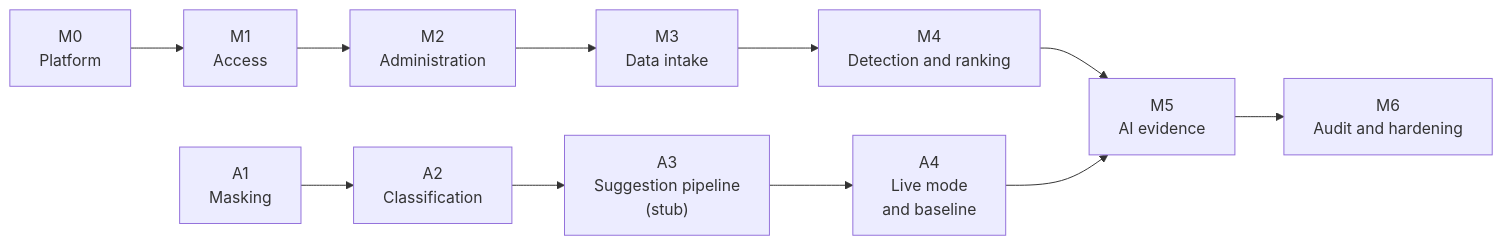
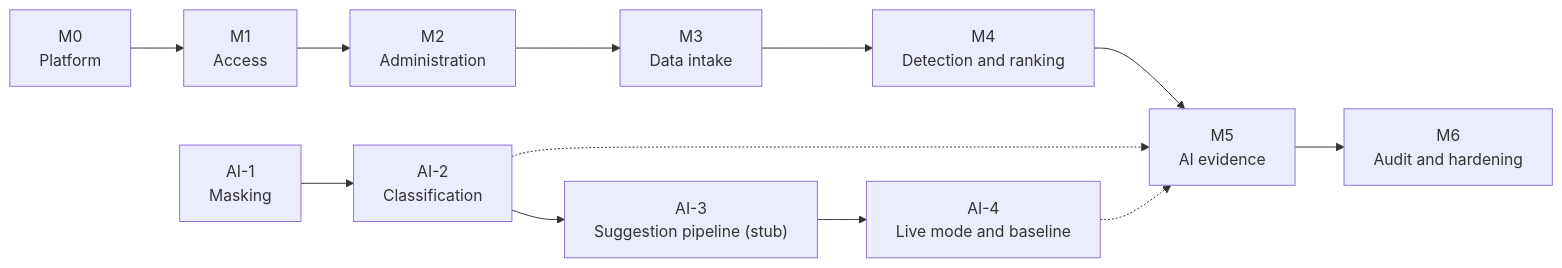
Before and after one commit to DuykoNgu/practise: the diagram in project/roadmap.md, drawn with Mermaid. The commit also changed other lines of this file and 50 other files, not shown here.

````diff
--- a/project/roadmap.md
+++ b/project/roadmap.md
@@ -5,13 +5,14 @@
 ```mermaid
 flowchart LR
     M0["M0<br/>Platform"] --> M1["M1<br/>Access"]
     M1 --> M2["M2<br/>Administration"]
     M2 --> M3["M3<br/>Data intake"]
     M3 --> M4["M4<br/>Detection and ranking"]
     M4 --> M5["M5<br/>AI evidence"]
     M5 --> M6["M6<br/>Audit and hardening"]
-    A1["A1<br/>Masking"] --> A2["A2<br/>Classification"]
-    A2 --> A3["A3<br/>Suggestion pipeline<br/>(stub)"]
-    A3 --> A4["A4<br/>Live mode<br/>and baseline"]
-    A4 --> M5
+    A1["AI-1<br/>Masking"] --> A2["AI-2<br/>Classification"]
+    A2 --> A3["AI-3<br/>Suggestion pipeline (stub)"]
+    A3 --> A4["AI-4<br/>Live mode and baseline"]
+    A2 -.-> M5
+    A4 -.-> M5
 ```
````
